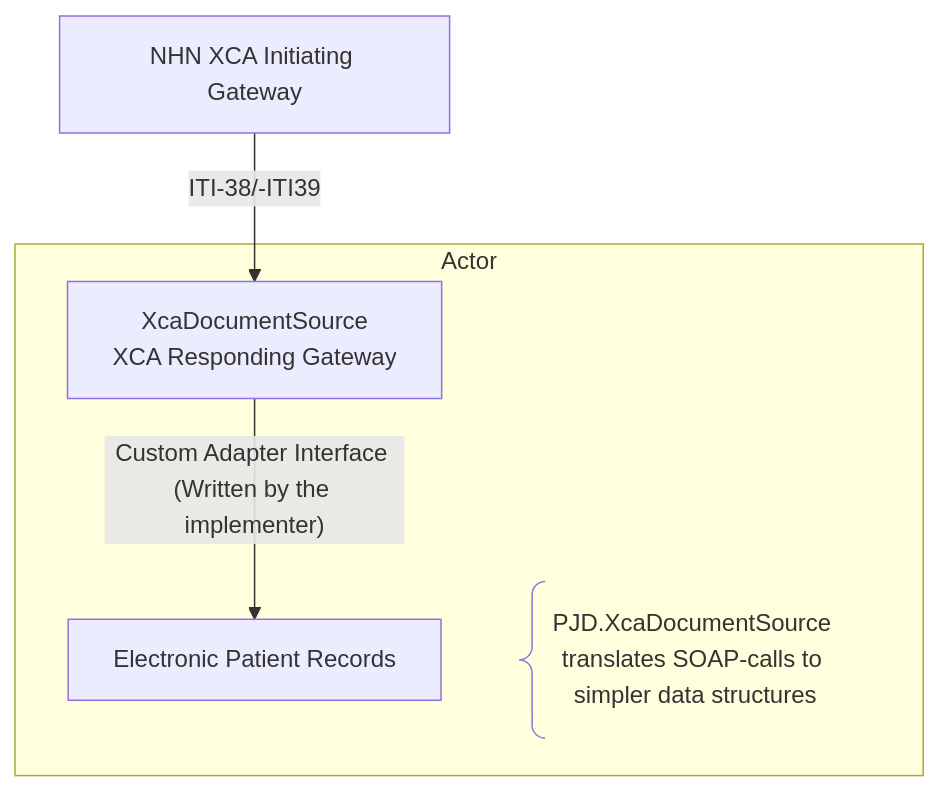
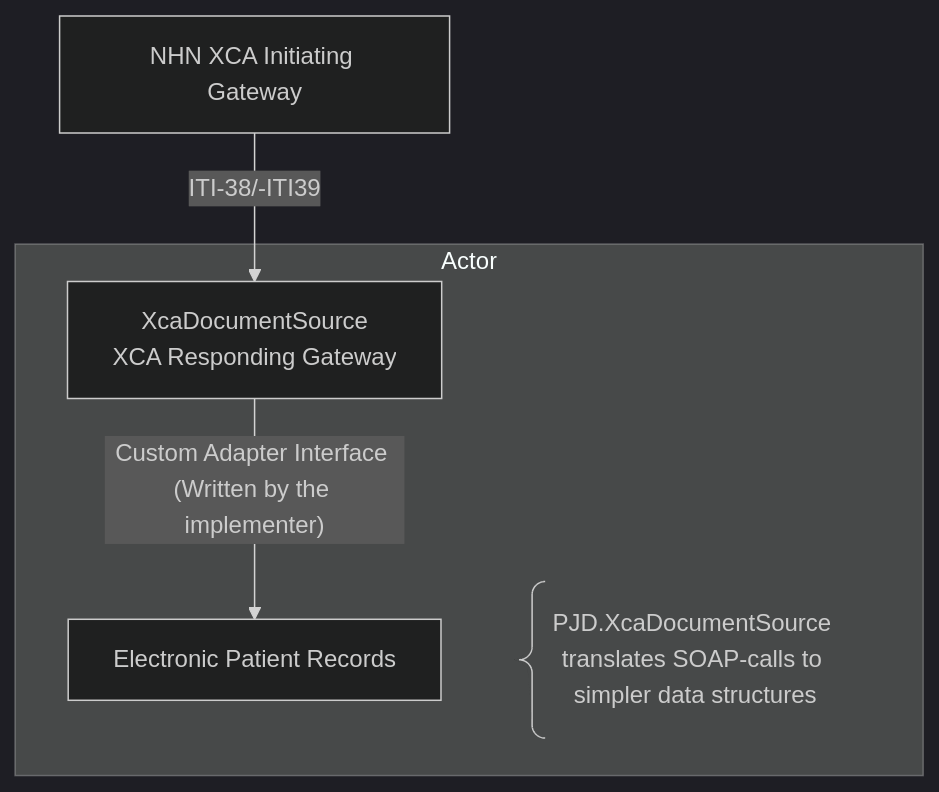
Before and after one commit to timmo-nhn/XcaDocumentSource: the first of 2 diagrams in README.md, drawn with Mermaid. The commit also changed 9 other files, not shown here.

````diff
--- a/README.md
+++ b/README.md
@@ -16,12 +16,13 @@
 ```mermaid
-graph
+%%{init: {'theme':'dark'}}%%
+flowchart
 
 nhnxca[NHN XCA Initiating Gateway]
 subgraph "Actor"
   xcads[XcaDocumentSource<br>XCA Responding Gateway]
   epr[Electronic Patient Records]
       A@{ shape: comment, label: "PJD.XcaDocumentSource translates SOAP-calls to simpler data structures" }
 end
 
 nhnxca--"ITI-38/-ITI39"-->xcads--"Custom Adapter Interface (Written by the implementer)"-->epr
 ```
````
